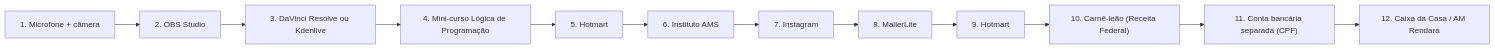
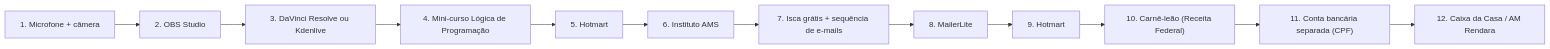
Before and after one commit to AlanMateus17/dev-setup: the first of 13 diagrams in docs/fluxos.md, drawn with Mermaid. The commit also changed other lines of this file and 38 other files, not shown here.

````diff
--- a/docs/fluxos.md
+++ b/docs/fluxos.md
@@ -12,26 +12,26 @@
 ```mermaid
 flowchart LR
   s0["1. Microfone + câmera"]
   s1["2. OBS Studio"]
   s2["3. DaVinci Resolve ou Kdenlive"]
   s3["4. Mini-curso Lógica de Programação"]
   s4["5. Hotmart"]
   s5["6. Instituto AMS"]
-  s6["7. Instagram"]
+  s6["7. Isca grátis + sequência de e-mails"]
   s7["8. MailerLite"]
   s8["9. Hotmart"]
   s9["10. Carnê-leão (Receita Federal)"]
   s10["11. Conta bancária separada (CPF)"]
   s11["12. Caixa da Casa / AM Rendara"]
   s0 --> s1
   s1 --> s2
   s2 --> s3
   s3 --> s4
   s4 --> s5
   s5 --> s6
   s6 --> s7
   s7 --> s8
   s8 --> s9
   s9 --> s10
   s10 --> s11
 ```
````
